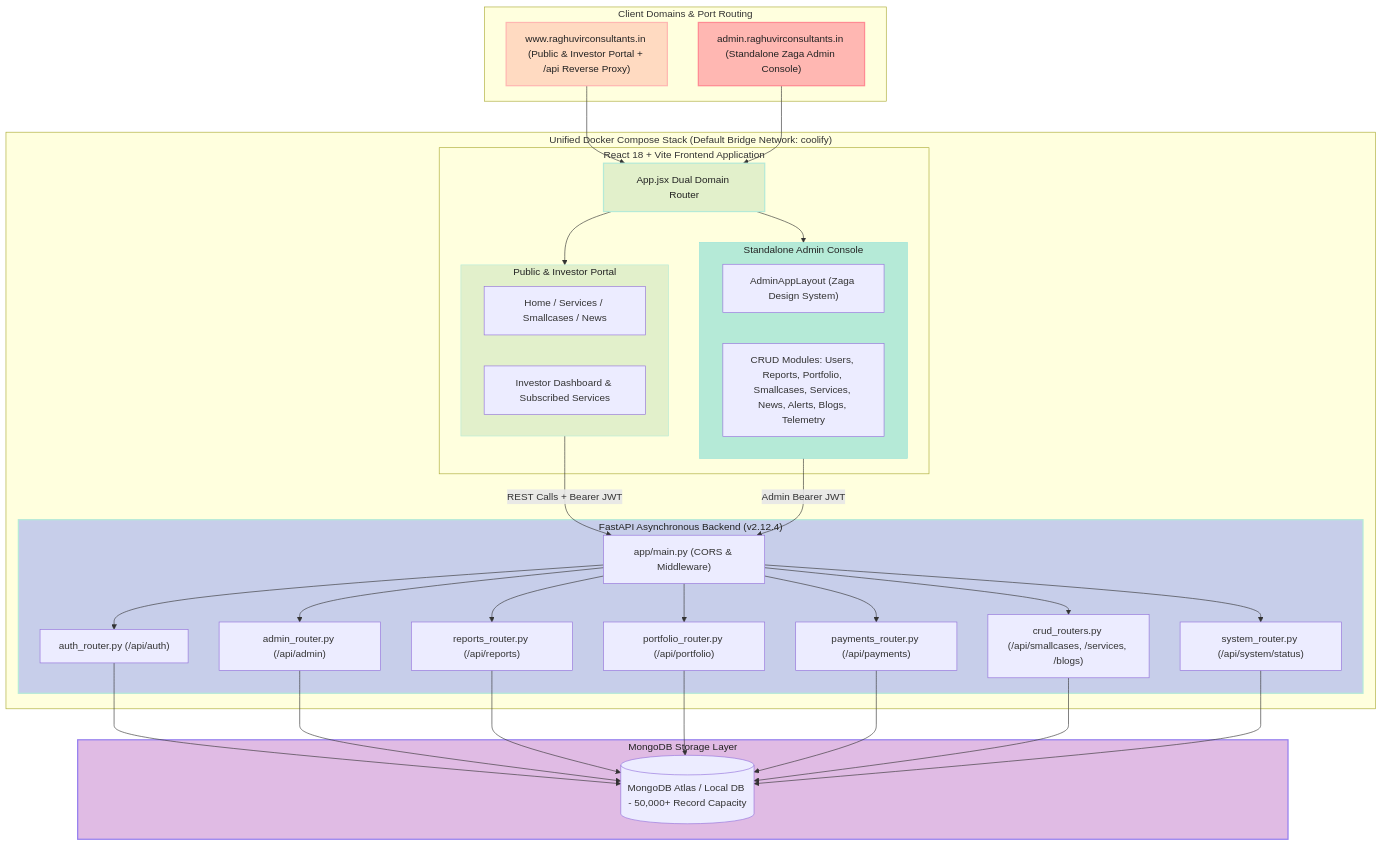
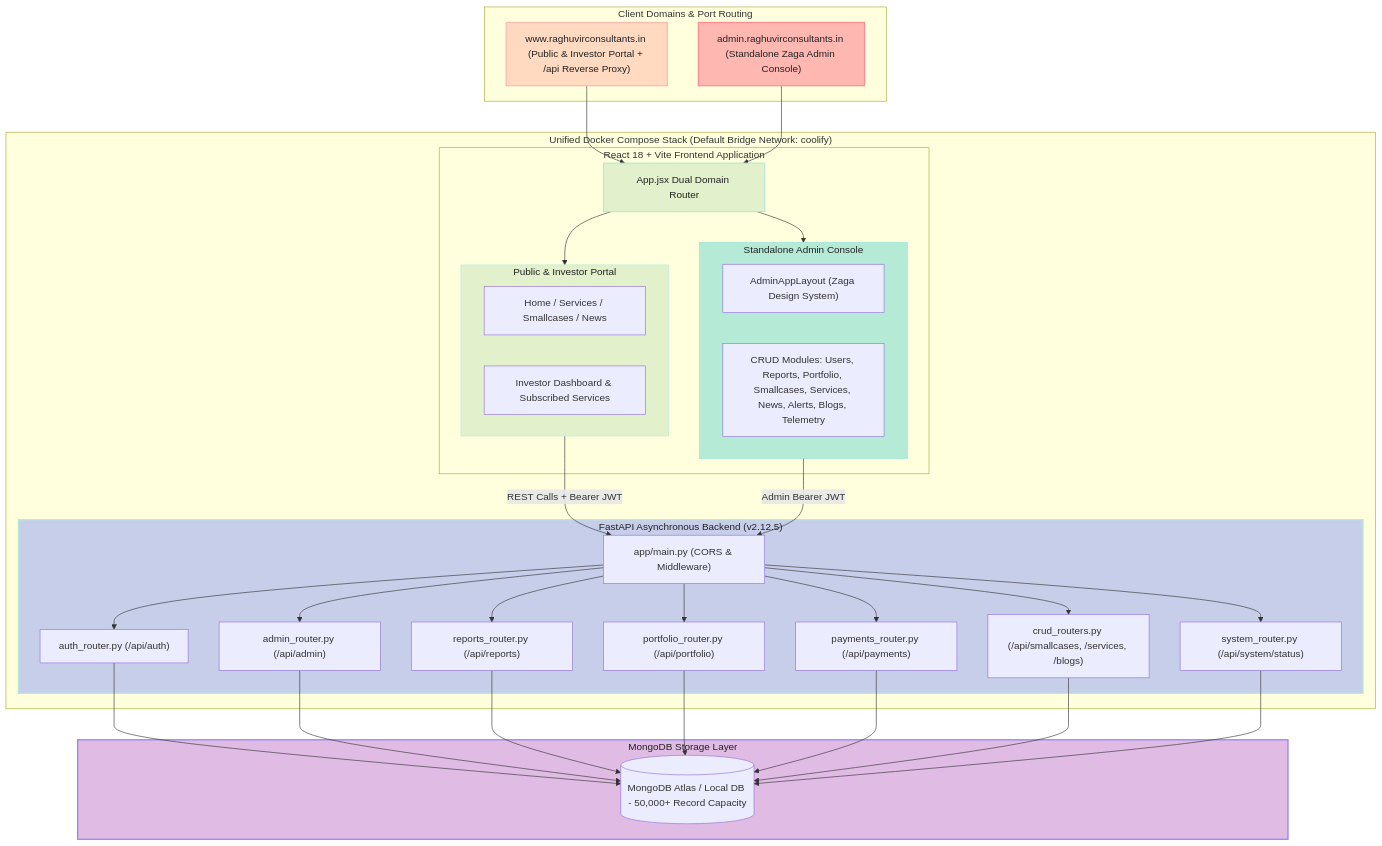
One commit to tejasrsuthar/raghuvirconsultants-site changed the first of 2 diagrams in backend/docs/ARCHITECTURE.md. Above: the diagram before and after it, drawn with Mermaid. The commit also changed other lines of this file and 19 other files, not shown here.

````diff
--- a/backend/docs/ARCHITECTURE.md
+++ b/backend/docs/ARCHITECTURE.md
@@ -14,72 +14,72 @@
 ```mermaid
 graph TD
     subgraph ClientDomains["Client Domains & Port Routing"]
         PublicDomain["www.raghuvirconsultants.in (Public & Investor Portal + /api Reverse Proxy)"]
         AdminDomain["admin.raghuvirconsultants.in (Standalone Zaga Admin Console)"]
     end
 
     subgraph ComposeStack["Unified Docker Compose Stack (Default Bridge Network: coolify)"]
         subgraph ReactFrontend["React 18 + Vite Frontend Application"]
             AppRouter["App.jsx Dual Domain Router"]
             
             subgraph PublicPortal["Public & Investor Portal"]
               PublicViews["Home / Services / Smallcases / News"]
               InvestorPortal["Investor Dashboard & Subscribed Services"]
             end
 
             subgraph ZagaAdmin["Standalone Admin Console"]
               AdminLayout["AdminAppLayout (Zaga Design System)"]
               AdminModules["CRUD Modules: Users, Reports, Portfolio, Smallcases, Services, News, Alerts, Blogs, Telemetry"]
             end
         end
 
-        subgraph FastAPIServer["FastAPI Asynchronous Backend (v2.12.4)"]
+        subgraph FastAPIServer["FastAPI Asynchronous Backend (v2.12.5)"]
             API["app/main.py (CORS & Middleware)"]
             AuthRouter["auth_router.py (/api/auth)"]
             AdminRouter["admin_router.py (/api/admin)"]
             ReportsRouter["reports_router.py (/api/reports)"]
             PortfolioRouter["portfolio_router.py (/api/portfolio)"]
             PaymentsRouter["payments_router.py (/api/payments)"]
             CRUDRouters["crud_routers.py (/api/smallcases, /services, /blogs)"]
             SystemRouter["system_router.py (/api/system/status)"]
         end
     end
 
     subgraph DataStore["MongoDB Storage Layer"]
         MongoDB[(MongoDB Atlas / Local DB - 50,000+ Record Capacity)]
     end
 
     PublicDomain --> AppRouter
     AdminDomain --> AppRouter
 
     AppRouter --> PublicPortal
     AppRouter --> ZagaAdmin
 
     PublicPortal -->|REST Calls + Bearer JWT| API
     ZagaAdmin -->|Admin Bearer JWT| API
 
     API --> AuthRouter
     API --> AdminRouter
     API --> ReportsRouter
     API --> PortfolioRouter
     API --> PaymentsRouter
     API --> CRUDRouters
     API --> SystemRouter
 
     AuthRouter --> MongoDB
     AdminRouter --> MongoDB
     ReportsRouter --> MongoDB
     PortfolioRouter --> MongoDB
     PaymentsRouter --> MongoDB
     CRUDRouters --> MongoDB
     SystemRouter --> MongoDB
 
     %% Pastel Color Palette Styling
     style PublicDomain fill:#FFDAC1,stroke:#FFB7B2,stroke-width:2px,color:#222;
     style AdminDomain fill:#FFB7B2,stroke:#FF8B94,stroke-width:2px,color:#222;
     style AppRouter fill:#E2F0CB,stroke:#B5EAD7,stroke-width:2px,color:#222;
     style PublicPortal fill:#E2F0CB,stroke:#B5EAD7,stroke-width:1px,color:#222;
     style ZagaAdmin fill:#B5EAD7,stroke:#93E1D8,stroke-width:1px,color:#222;
     style FastAPIServer fill:#C7CEEA,stroke:#B5EAD7,stroke-width:2px,color:#222;
     style DataStore fill:#E0BBE4,stroke:#957FEF,stroke-width:2px,color:#222;
 ```
````
